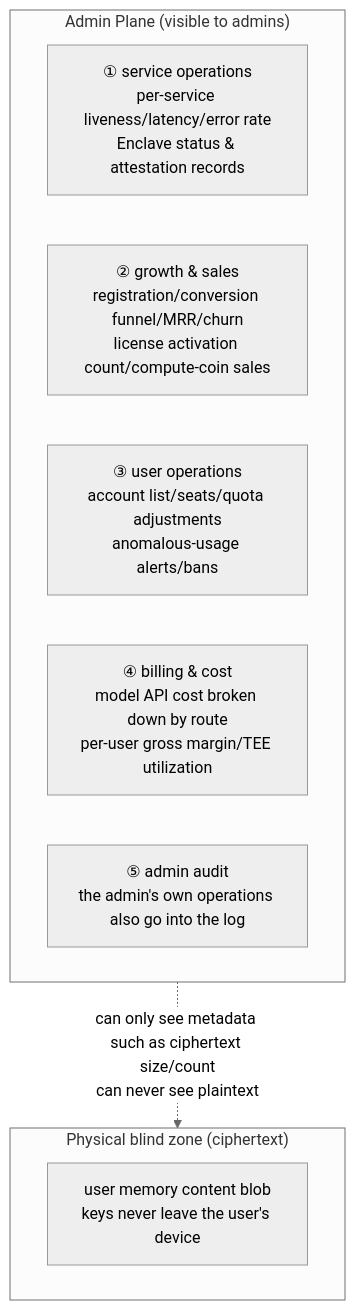
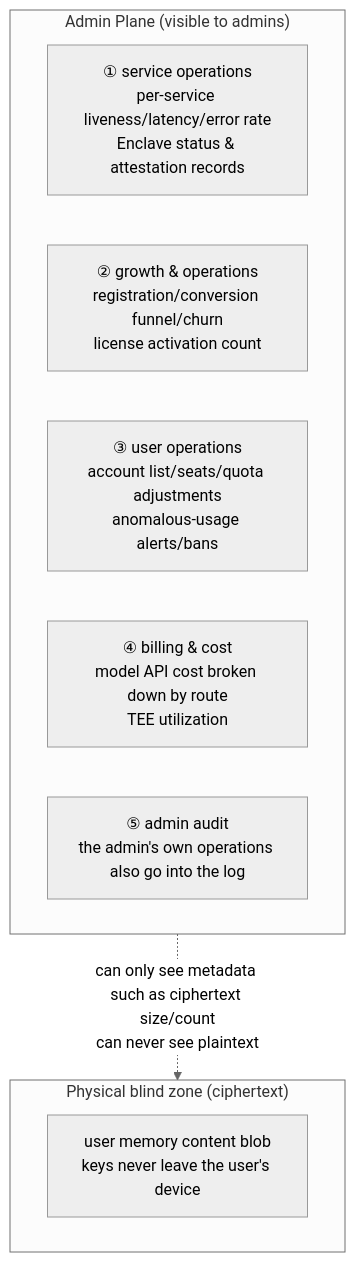
One commit to MnemoSeed/mnemoseed changed the second of 2 diagrams in docs/design/07-console.md. Above: the diagram before and after it, drawn with Mermaid (neutral theme). The commit also changed 7 other files, not shown here.

````diff
--- a/docs/design/07-console.md
+++ b/docs/design/07-console.md
@@ -136,14 +136,14 @@
 ```mermaid
 flowchart TB
     subgraph Admin["Admin Plane (visible to admins)"]
         H["① service operations<br/>per-service liveness/latency/error rate<br/>Enclave status & attestation records"]
-        G["② growth & sales<br/>registration/conversion funnel/MRR/churn<br/>license activation count/compute-coin sales"]
+        G["② growth & operations<br/>registration/conversion funnel/churn<br/>license activation count"]
         U["③ user operations<br/>account list/seats/quota adjustments<br/>anomalous-usage alerts/bans"]
-        B["④ billing & cost<br/>model API cost broken down by route<br/>per-user gross margin/TEE utilization"]
+        B["④ billing & cost<br/>model API cost broken down by route<br/>TEE utilization"]
         AL["⑤ admin audit<br/>the admin's own operations also go into the log"]
     end
     subgraph Blind["Physical blind zone (ciphertext)"]
         M["user memory content blob<br/>keys never leave the user's device"]
     end
     Admin -.->|"can only see metadata such as ciphertext size/count<br/>can never see plaintext"| Blind
 ```
````
